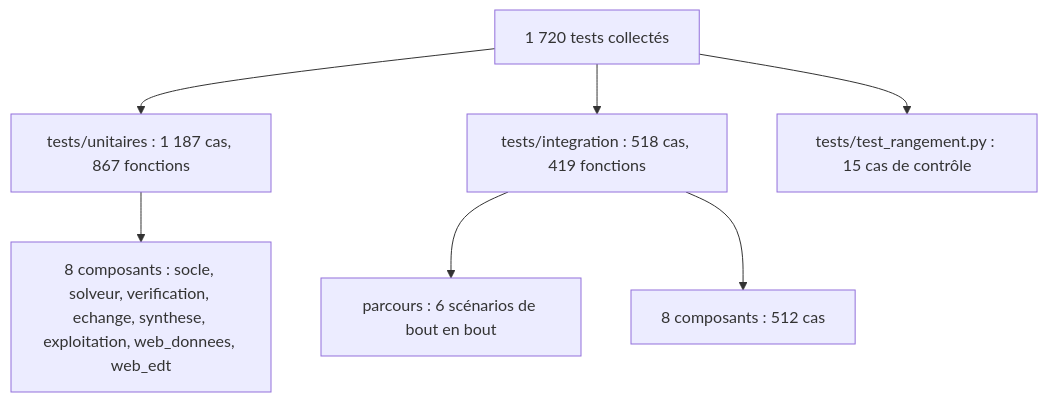
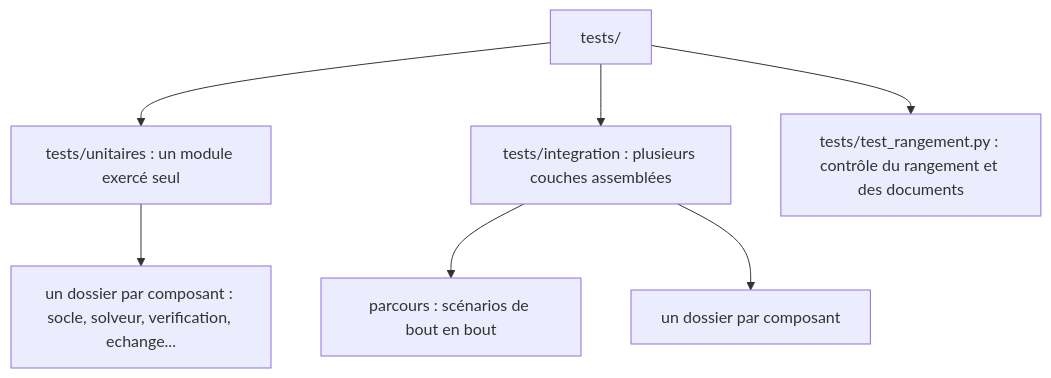
Before and after one commit to Maki882/projet-edt: the first of 3 diagrams in tests/README.md, drawn with Mermaid. The commit also changed other lines of this file and 3 other files, not shown here.

First line of the commit message:
Générer les nombres des documents de tests et contrôler qu'ils sont à jour

````diff
--- a/tests/README.md
+++ b/tests/README.md
@@ -13,9 +13,9 @@
 ```mermaid
 flowchart TD
-    A["1 720 tests collectés"] --> U["tests/unitaires : 1 187 cas, 867 fonctions"]
-    A --> I["tests/integration : 518 cas, 419 fonctions"]
-    A --> C["tests/test_rangement.py : 15 cas de contrôle"]
-    U --> UC["8 composants : socle, solveur, verification, echange, synthese, exploitation, web_donnees, web_edt"]
-    I --> IP["parcours : 6 scénarios de bout en bout"]
-    I --> IC["8 composants : 512 cas"]
+    A["tests/"] --> U["tests/unitaires : un module exercé seul"]
+    A --> I["tests/integration : plusieurs couches assemblées"]
+    A --> C["tests/test_rangement.py : contrôle du rangement et des documents"]
+    U --> UC["un dossier par composant : socle, solveur, verification, echange..."]
+    I --> IP["parcours : scénarios de bout en bout"]
+    I --> IC["un dossier par composant"]
 ```
````
